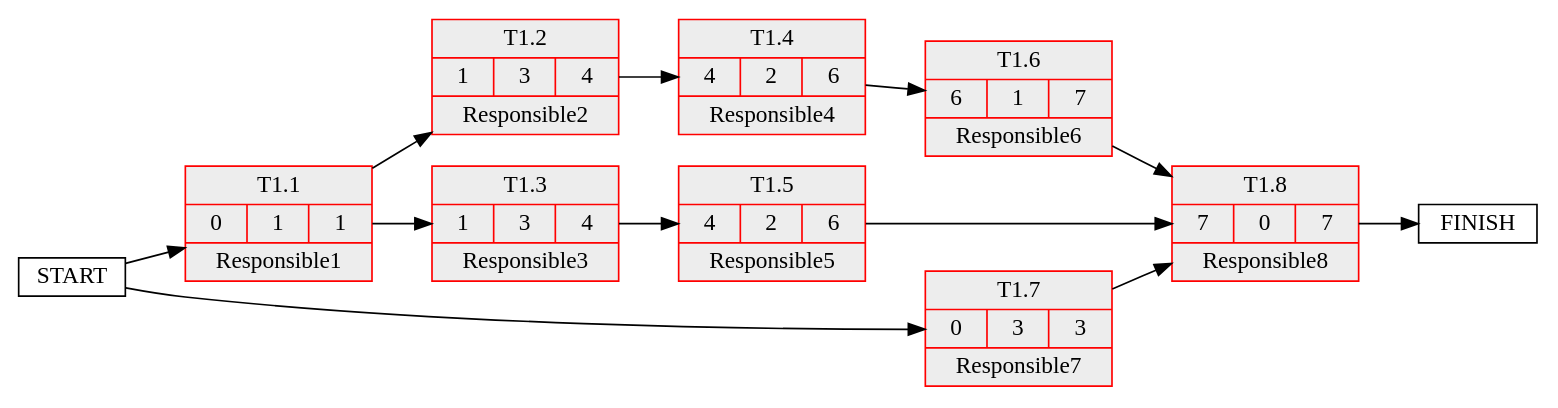
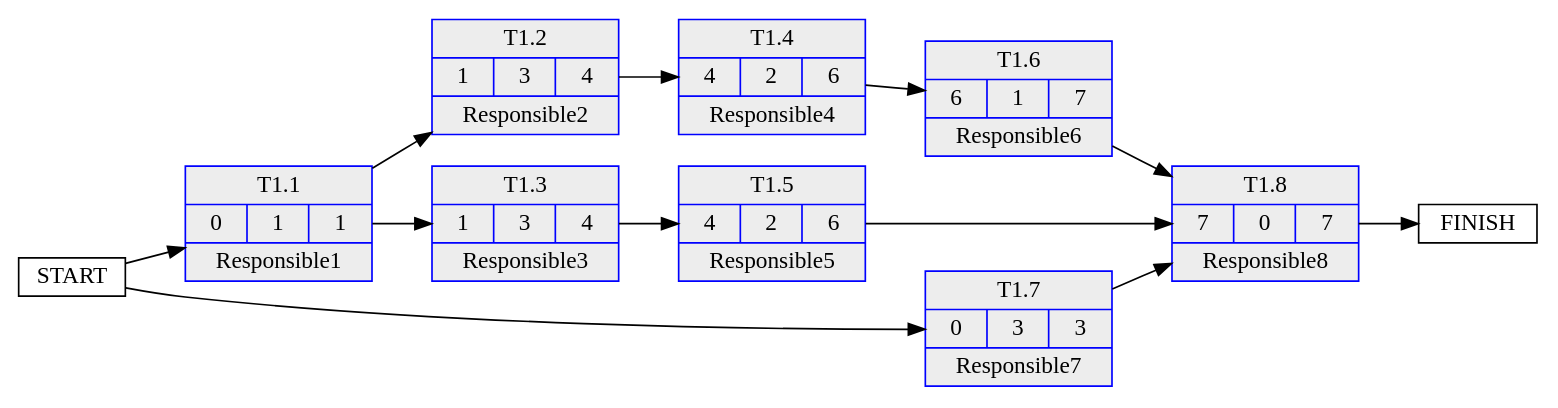
The diagram in PERT.gv (sisayie/pertchart), drawn with Graphviz before and after one commit. The commit also changed 2 other files, not shown here.

```diff
--- a/PERT.gv
+++ b/PERT.gv
@@ -1,24 +1,24 @@
 digraph g {
 	node [height=.1 shape=Mrecord]
 	rankdir=LR
 	node [shape=record]
-	"T1.1" [label="<f0>T1.1 |{0|1|1}|<f2>Responsible1" color=red fillcolor=grey93 style=filled]
-	"T1.2" [label="<f0>T1.2 |{1|3|4}|<f2>Responsible2" color=red fillcolor=grey93 style=filled]
-	"T1.3" [label="<f0>T1.3 |{1|3|4}|<f2>Responsible3" color=red fillcolor=grey93 style=filled]
-	"T1.4" [label="<f0>T1.4 |{4|2|6}|<f2>Responsible4" color=red fillcolor=grey93 style=filled]
-	"T1.5" [label="<f0>T1.5 |{4|2|6}|<f2>Responsible5" color=red fillcolor=grey93 style=filled]
-	"T1.6" [label="<f0>T1.6 |{6|1|7}|<f2>Responsible6" color=red fillcolor=grey93 style=filled]
-	"T1.7" [label="<f0>T1.7 |{0|3|3}|<f2>Responsible7" color=red fillcolor=grey93 style=filled]
-	"T1.8" [label="<f0>T1.8 |{7|0|7}|<f2>Responsible8" color=red fillcolor=grey93 style=filled]
+	"T1.1" [label="<f0>T1.1 |{0|1|1}|<f2>Responsible1" color=blue fillcolor=grey93 style=filled]
+	"T1.2" [label="<f0>T1.2 |{1|3|4}|<f2>Responsible2" color=blue fillcolor=grey93 style=filled]
+	"T1.3" [label="<f0>T1.3 |{1|3|4}|<f2>Responsible3" color=blue fillcolor=grey93 style=filled]
+	"T1.4" [label="<f0>T1.4 |{4|2|6}|<f2>Responsible4" color=blue fillcolor=grey93 style=filled]
+	"T1.5" [label="<f0>T1.5 |{4|2|6}|<f2>Responsible5" color=blue fillcolor=grey93 style=filled]
+	"T1.6" [label="<f0>T1.6 |{6|1|7}|<f2>Responsible6" color=blue fillcolor=grey93 style=filled]
+	"T1.7" [label="<f0>T1.7 |{0|3|3}|<f2>Responsible7" color=blue fillcolor=grey93 style=filled]
+	"T1.8" [label="<f0>T1.8 |{7|0|7}|<f2>Responsible8" color=blue fillcolor=grey93 style=filled]
 	START -> "T1.1"
 	"T1.1" -> "T1.2"
 	"T1.1" -> "T1.3"
 	"T1.2" -> "T1.4"
 	"T1.3" -> "T1.5"
 	"T1.4" -> "T1.6"
 	START -> "T1.7"
 	"T1.5" -> "T1.8"
 	"T1.6" -> "T1.8"
 	"T1.7" -> "T1.8"
 	"T1.8" -> FINISH
 }
```
